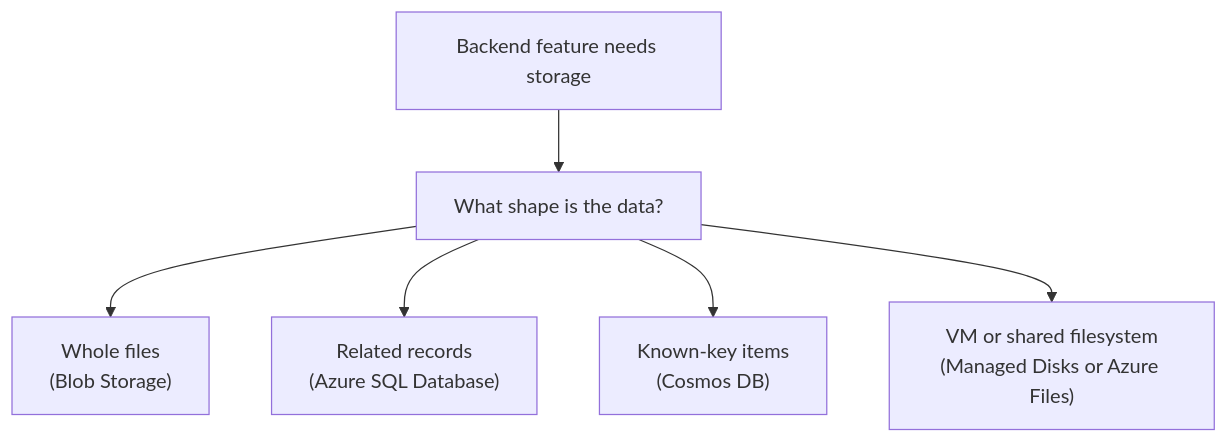
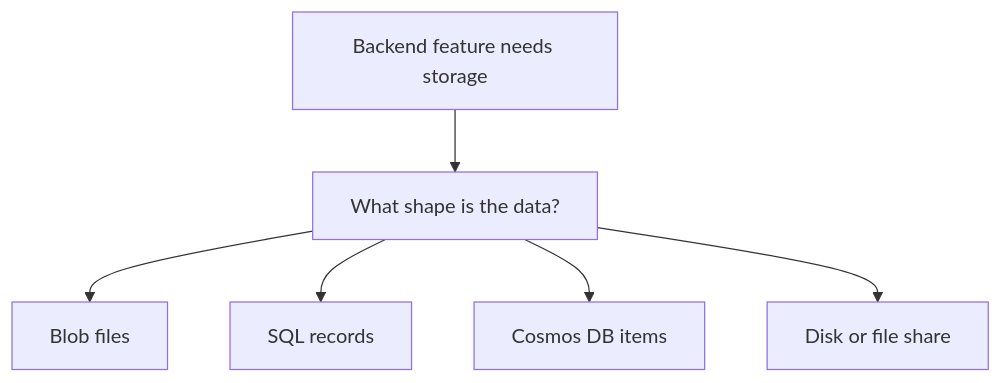
One commit to senlinyy/dev-roadmaps changed the diagram in cloud-providers/azure/storage-databases/storage-and-database-mental-model.md. Above: the diagram before and after it, drawn with Mermaid. The commit also changed 141 other files, not shown here.

````diff
--- a/cloud-providers/azure/storage-databases/storage-and-database-mental-model.md
+++ b/cloud-providers/azure/storage-databases/storage-and-database-mental-model.md
@@ -64,15 +64,15 @@
 ```mermaid
 flowchart TD
     Feature["Backend feature needs storage"]
     Shape["What shape is the data?"]
-    File["Whole files<br/>(Blob Storage)"]
-    Records["Related records<br/>(Azure SQL Database)"]
-    Items["Known-key items<br/>(Cosmos DB)"]
-    Disk["VM or shared filesystem<br/>(Managed Disks or Azure Files)"]
+    File["Blob files"]
+    Records["SQL records"]
+    Items["Cosmos DB items"]
+    Disk["Disk or file share"]
 
     Feature --> Shape
     Shape --> File
     Shape --> Records
     Shape --> Items
     Shape --> Disk
 ```
````
